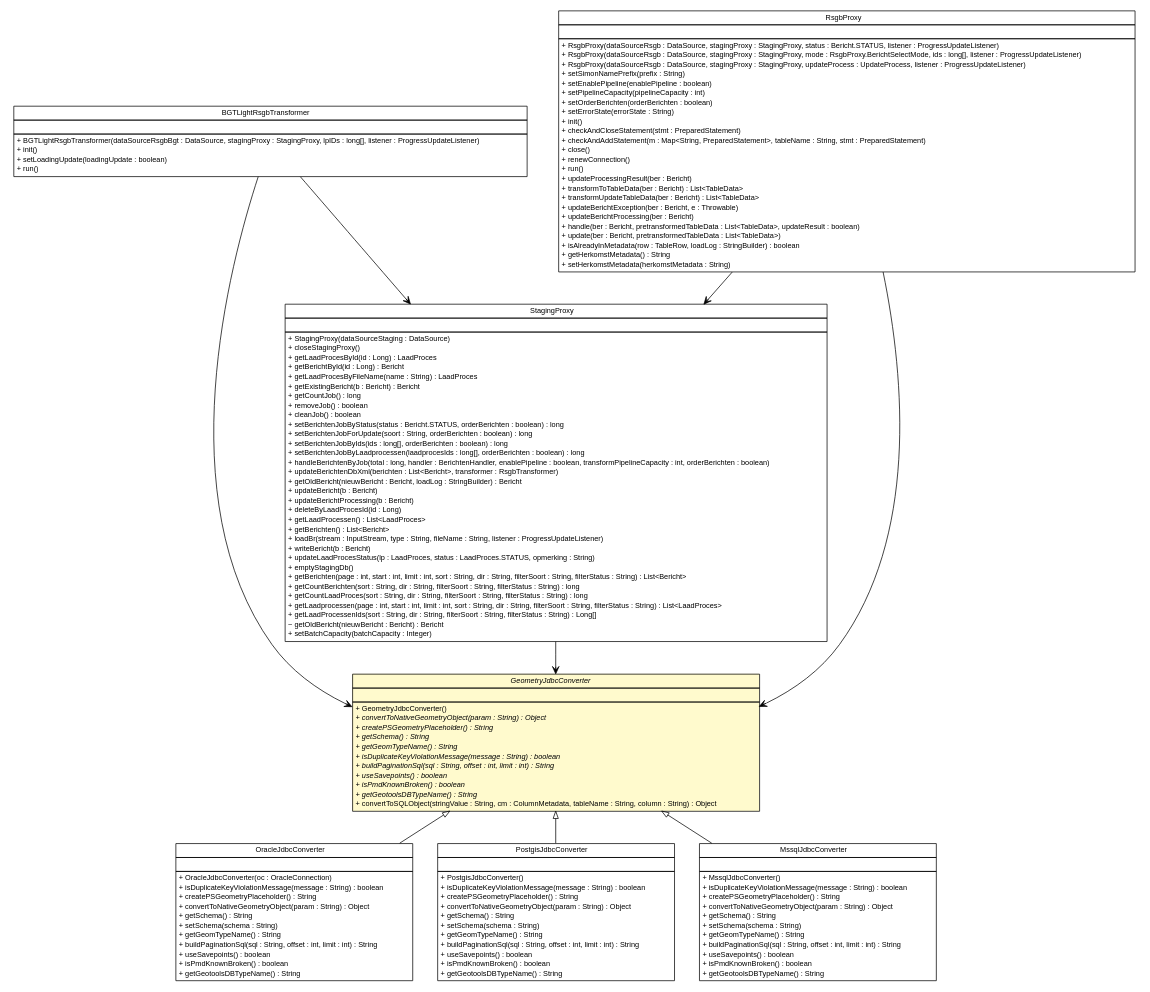
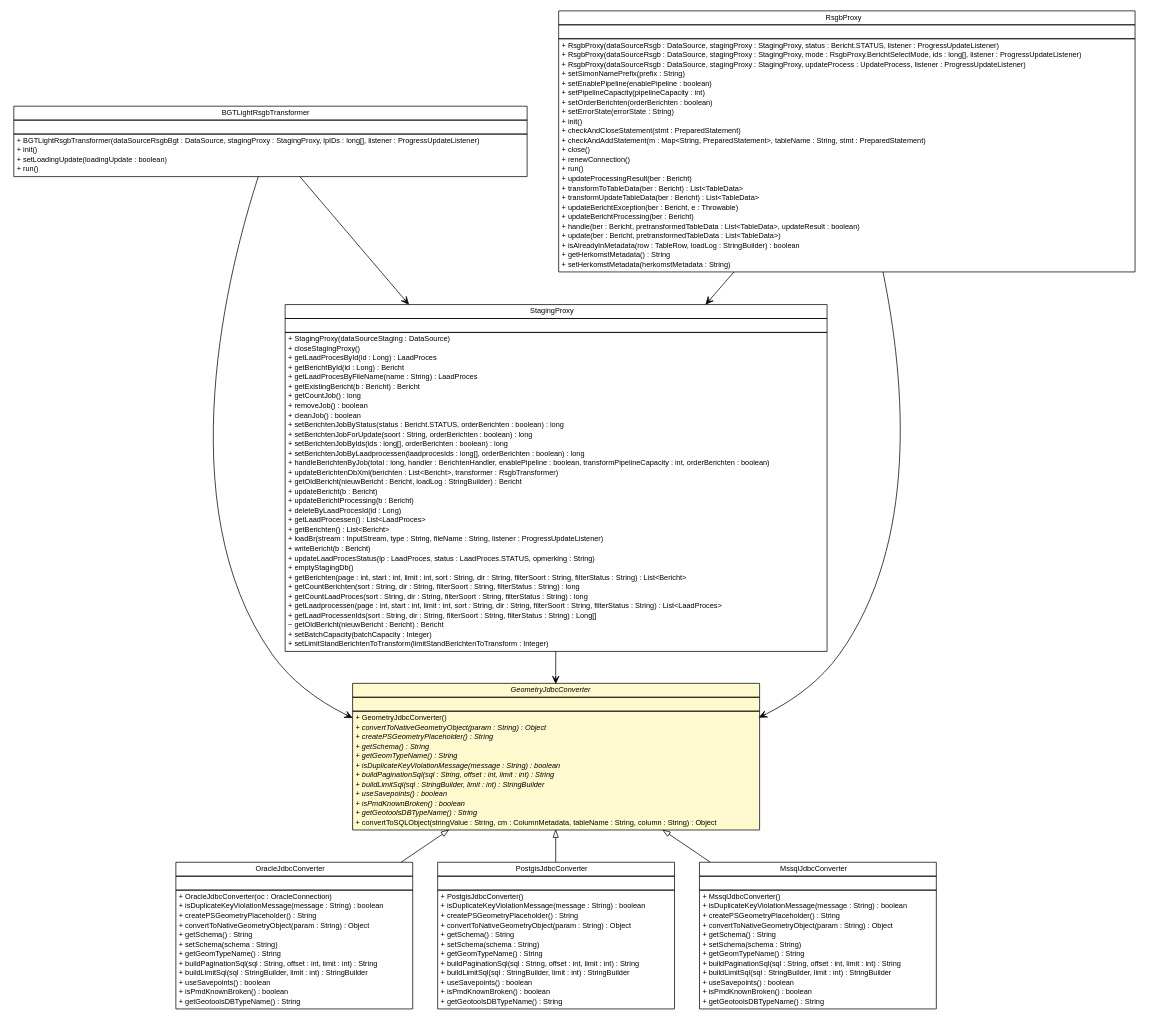
The diagram in brmo-loader/apidocs/nl/b3p/brmo/loader/jdbc/GeometryJdbcConverter.dot (B3Partners/brmo), drawn with Graphviz before and after one commit. The commit also changed 374 other files, not shown here.

```diff
--- a/brmo-loader/apidocs/nl/b3p/brmo/loader/jdbc/GeometryJdbcConverter.dot
+++ b/brmo-loader/apidocs/nl/b3p/brmo/loader/jdbc/GeometryJdbcConverter.dot
@@ -100,6 +100,7 @@
 <tr><td align="left" balign="left"> + getLaadProcessenIds(sort : String, dir : String, filterSoort : String, filterStatus : String) : Long[] </td></tr>
 <tr><td align="left" balign="left"> ~ getOldBericht(nieuwBericht : Bericht) : Bericht </td></tr>
 <tr><td align="left" balign="left"> + setBatchCapacity(batchCapacity : Integer) </td></tr>
+<tr><td align="left" balign="left"> + setLimitStandBerichtenToTransform(limitStandBerichtenToTransform : Integer) </td></tr>
 		</table></td></tr>
 		</table>>, URL="../StagingProxy.html", fontname="Helvetica", fontcolor="black", fontsize=10.0];
 	// nl.b3p.brmo.loader.jdbc.OracleJdbcConverter
@@ -119,6 +120,7 @@
 <tr><td align="left" balign="left"> + setSchema(schema : String) </td></tr>
 <tr><td align="left" balign="left"> + getGeomTypeName() : String </td></tr>
 <tr><td align="left" balign="left"> + buildPaginationSql(sql : String, offset : int, limit : int) : String </td></tr>
+<tr><td align="left" balign="left"> + buildLimitSql(sql : StringBuilder, limit : int) : StringBuilder </td></tr>
 <tr><td align="left" balign="left"> + useSavepoints() : boolean </td></tr>
 <tr><td align="left" balign="left"> + isPmdKnownBroken() : boolean </td></tr>
 <tr><td align="left" balign="left"> + getGeotoolsDBTypeName() : String </td></tr>
@@ -140,6 +142,7 @@
 <tr><td align="left" balign="left"><font face="Helvetica-Oblique" point-size="10.0"> + getGeomTypeName() : String </font></td></tr>
 <tr><td align="left" balign="left"><font face="Helvetica-Oblique" point-size="10.0"> + isDuplicateKeyViolationMessage(message : String) : boolean </font></td></tr>
 <tr><td align="left" balign="left"><font face="Helvetica-Oblique" point-size="10.0"> + buildPaginationSql(sql : String, offset : int, limit : int) : String </font></td></tr>
+<tr><td align="left" balign="left"><font face="Helvetica-Oblique" point-size="10.0"> + buildLimitSql(sql : StringBuilder, limit : int) : StringBuilder </font></td></tr>
 <tr><td align="left" balign="left"><font face="Helvetica-Oblique" point-size="10.0"> + useSavepoints() : boolean </font></td></tr>
 <tr><td align="left" balign="left"><font face="Helvetica-Oblique" point-size="10.0"> + isPmdKnownBroken() : boolean </font></td></tr>
 <tr><td align="left" balign="left"><font face="Helvetica-Oblique" point-size="10.0"> + getGeotoolsDBTypeName() : String </font></td></tr>
@@ -163,6 +166,7 @@
 <tr><td align="left" balign="left"> + setSchema(schema : String) </td></tr>
 <tr><td align="left" balign="left"> + getGeomTypeName() : String </td></tr>
 <tr><td align="left" balign="left"> + buildPaginationSql(sql : String, offset : int, limit : int) : String </td></tr>
+<tr><td align="left" balign="left"> + buildLimitSql(sql : StringBuilder, limit : int) : StringBuilder </td></tr>
 <tr><td align="left" balign="left"> + useSavepoints() : boolean </td></tr>
 <tr><td align="left" balign="left"> + isPmdKnownBroken() : boolean </td></tr>
 <tr><td align="left" balign="left"> + getGeotoolsDBTypeName() : String </td></tr>
@@ -185,6 +189,7 @@
 <tr><td align="left" balign="left"> + setSchema(schema : String) </td></tr>
 <tr><td align="left" balign="left"> + getGeomTypeName() : String </td></tr>
 <tr><td align="left" balign="left"> + buildPaginationSql(sql : String, offset : int, limit : int) : String </td></tr>
+<tr><td align="left" balign="left"> + buildLimitSql(sql : StringBuilder, limit : int) : StringBuilder </td></tr>
 <tr><td align="left" balign="left"> + useSavepoints() : boolean </td></tr>
 <tr><td align="left" balign="left"> + isPmdKnownBroken() : boolean </td></tr>
 <tr><td align="left" balign="left"> + getGeotoolsDBTypeName() : String </td></tr>
```
